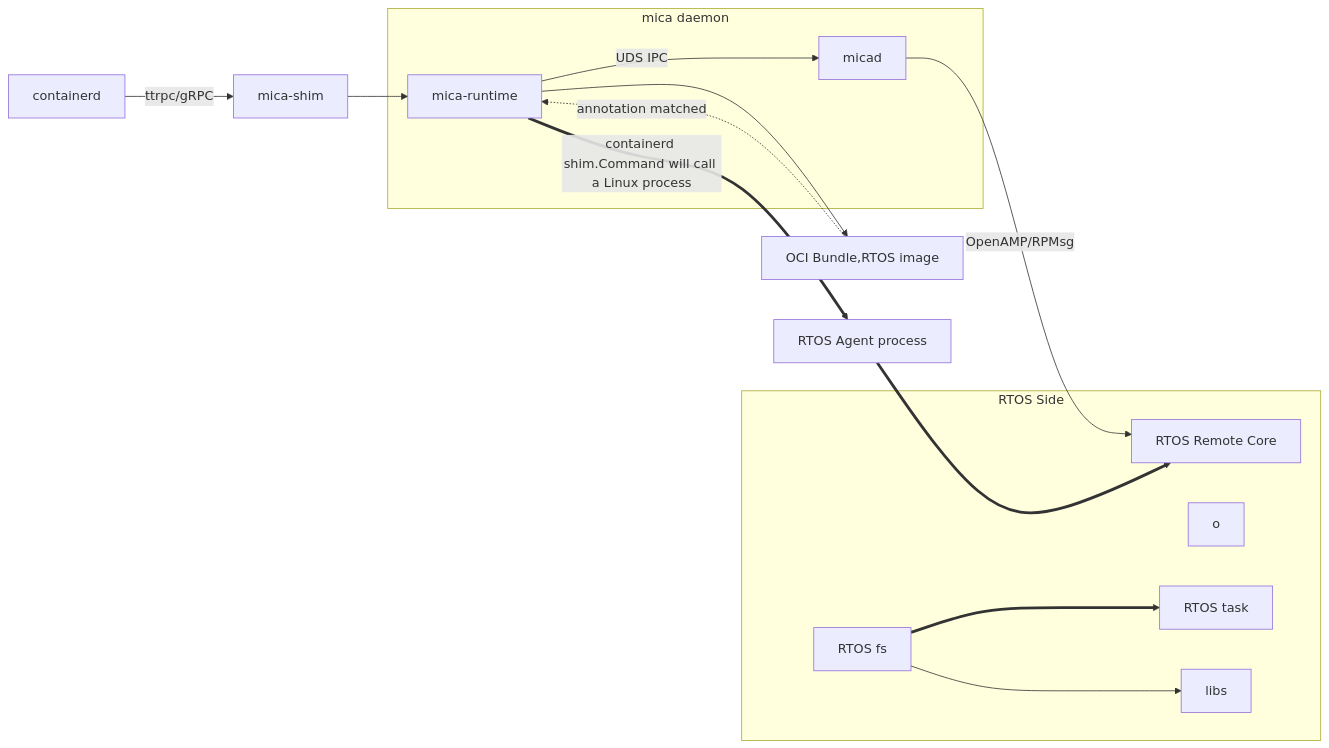
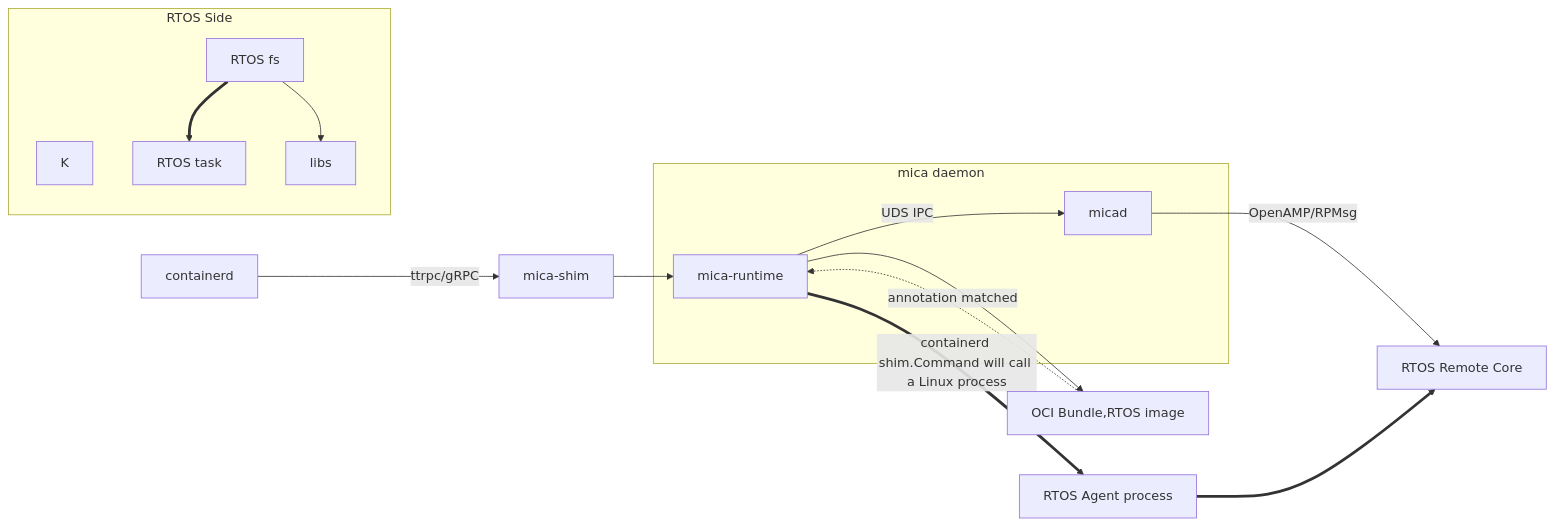
Before and after one commit to Egg12138/iodraw-files: the diagram in all/未命名.md, drawn with Mermaid.

Commit message:
2025-06-21 17:13:19 update

````diff
--- a/all/未命名.md
+++ b/all/未命名.md
@@ -1,24 +1,24 @@
 ```mermaid
 
 graph LR
     CD[containerd] -->|ttrpc/gRPC| S
     S[mica-shim] --> MR
     MR[mica-runtime] -->|UDS IPC| A[micad]
     MR -->C[OCI Bundle,RTOS image]
     MR ==>|containerd shim.Command will call a Linux process|AG[RTOS Agent process]
     A -->|OpenAMP/RPMsg| B[RTOS Remote Core]
     C -.->|annotation matched| MR
     AG ==>B
     subgraph RTOS Side
-        o
-        B
+    
+        K
         D[RTOS fs] ==> E
         D --> L[libs]
         E[RTOS task]
     end
     subgraph mica daemon
         A
         MR
     end
 
 ```
````
